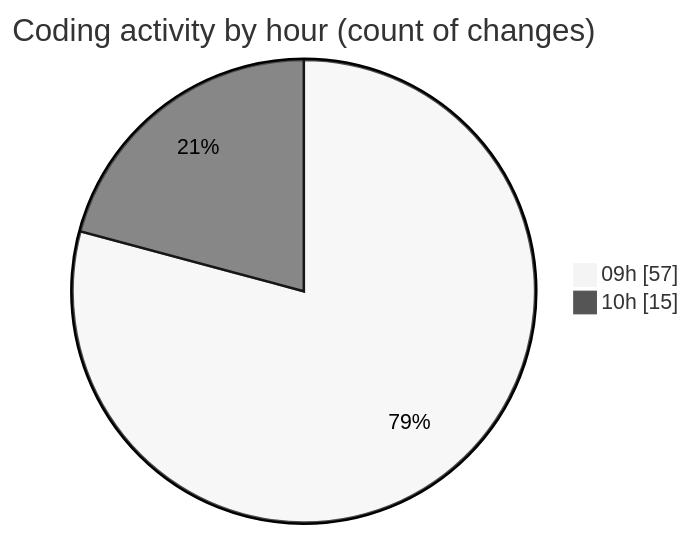
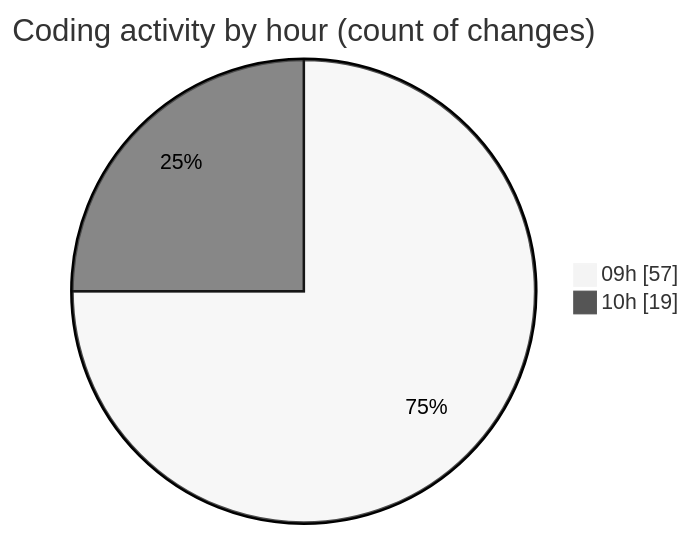
Before and after one commit to momahboobian/code-tracking: the second of 2 diagrams in 2025-09-19/cda/README.md, drawn with Mermaid (neutral theme). The commit also changed other lines of this file and 1 other file, not shown here.

````diff
--- a/2025-09-19/cda/README.md
+++ b/2025-09-19/cda/README.md
@@ -30,6 +30,6 @@
 ```mermaid
 pie showData
 title Coding activity by hour (count of changes)
 "09h" : 57
-"10h" : 15
+"10h" : 19
 ```
````
